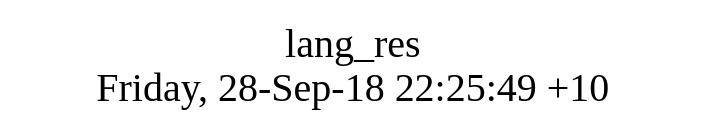
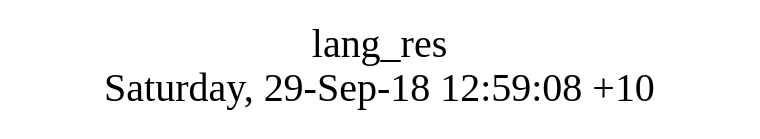
Before and after one commit to AlexZeDim/apps: the diagram in src/lang_res/struct.dot, drawn with Graphviz. The commit also changed 10 other files, not shown here.

```diff
--- a/src/lang_res/struct.dot
+++ b/src/lang_res/struct.dot
@@ -1,8 +1,8 @@
 digraph G {
 fontsize="24";
-label="lang_res\nFriday, 28-Sep-18 22:25:49 +10";
+label="lang_res\nSaturday, 29-Sep-18 12:59:08 +10";
 nojustify=true;
 ordering=out;
 rankdir=LR;
 size="30";
 }
```
